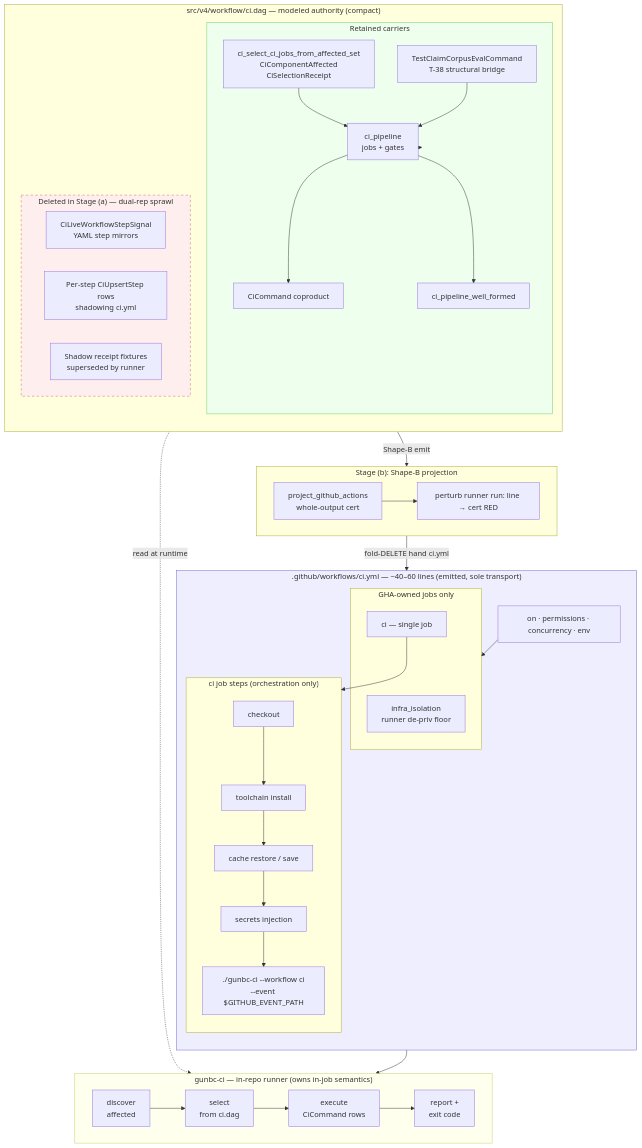
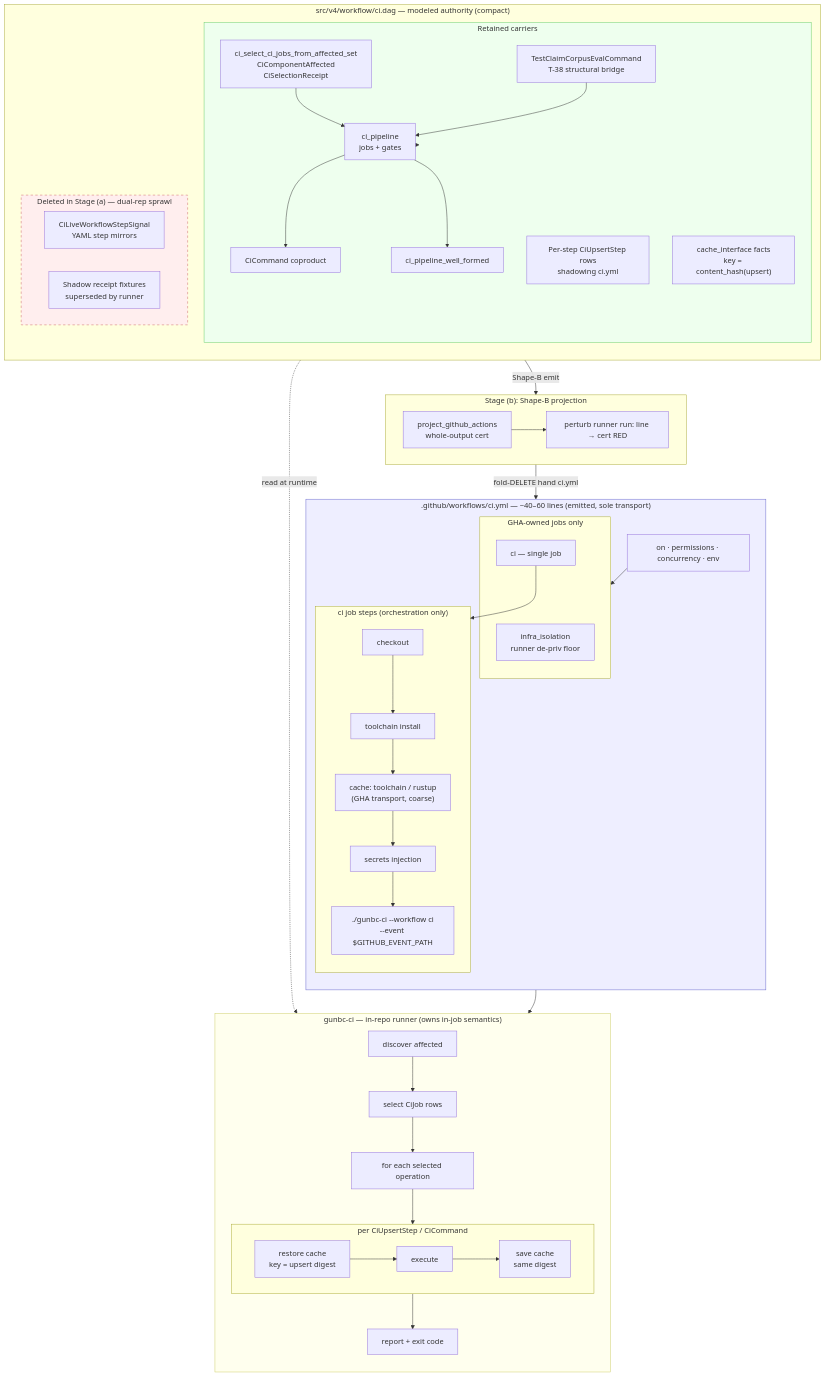
The diagram in docs/planning/thin-shim-ci-dag-dissolution-design-2026-06-08.md (gunb-ai/gunbc), drawn with Mermaid before and after one commit. The commit also changed other lines of this file, not shown here.

Commit message:
WIP: thin-shim ci.dag dissolution design draft: scope 6296-line ci.dag -> one

````diff
--- a/docs/planning/thin-shim-ci-dag-dissolution-design-2026-06-08.md
+++ b/docs/planning/thin-shim-ci-dag-dissolution-design-2026-06-08.md
@@ -69,65 +91,72 @@
 ```mermaid
 flowchart TB
   subgraph DAG["src/v4/workflow/ci.dag — modeled authority (compact)"]
     direction TB
     subgraph KEPT["Retained carriers"]
       P["ci_pipeline<br/>jobs + gates"]
       C["CiCommand coproduct"]
       WF["ci_pipeline_well_formed"]
       SEL["ci_select_ci_jobs_from_affected_set<br/>CiComponentAffected<br/>CiSelectionReceipt"]
+      UPS["CiUpsertStep rows<br/>per-op inputs + cache_digest"]
+      CACHE["cache_interface facts<br/>key = content_hash(upsert)"]
       T38["TestClaimCorpusEvalCommand<br/>T-38 structural bridge"]
     end
     subgraph GONE["Deleted in Stage (a) — dual-rep sprawl"]
       LWS["CiLiveWorkflowStepSignal<br/>YAML step mirrors"]
       UPS["Per-step CiUpsertStep rows<br/>shadowing ci.yml"]
       FIX["Shadow receipt fixtures<br/>superseded by runner"]
     end
     KEPT --> P
     P --> C
     P --> WF
     SEL --> P
     T38 --> P
   end
 
   subgraph EMIT["Stage (b): Shape-B projection"]
     PROJ["project_github_actions<br/>whole-output cert"]
     PERTURB["perturb runner run: line → cert RED"]
     PROJ --> PERTURB
   end
 
   subgraph YML[".github/workflows/ci.yml — ~40–60 lines (emitted, sole transport)"]
     direction TB
     META["on · permissions · concurrency · env"]
     subgraph JOBS["GHA-owned jobs only"]
       INFRA["infra_isolation<br/>runner de-priv floor"]
       CI["ci — single job"]
     end
     subgraph STEPS["ci job steps (orchestration only)"]
       CO["checkout"]
       TC["toolchain install"]
-      CA["cache restore / save"]
+      CA0["cache: toolchain / rustup<br/>(GHA transport, coarse)"]
       SEC["secrets injection"]
       RUN["./gunbc-ci --workflow ci<br/>--event $GITHUB_EVENT_PATH"]
     end
     META --> JOBS
     CI --> STEPS
-    CO --> TC --> CA --> SEC --> RUN
+    CO --> TC --> CA0 --> SEC --> RUN
   end
 
   subgraph RUNNER["gunbc-ci — in-repo runner (owns in-job semantics)"]
-    direction LR
-    D["discover<br/>affected"] --> S["select<br/>from ci.dag"]
-    S --> X["execute<br/>CiCommand rows"]
-    X --> R["report +<br/>exit code"]
+    direction TB
+    D["discover affected"] --> S["select CiJob rows"]
+    S --> LOOP["for each selected operation"]
+    subgraph PEROP["per CiUpsertStep / CiCommand"]
+      direction LR
+      CR["restore cache<br/>key = upsert digest"] --> EX["execute"] --> CS["save cache<br/>same digest"]
+    end
+    LOOP --> PEROP
+    PEROP --> R["report + exit code"]
   end
 
   DAG -->|"Shape-B emit"| EMIT
   EMIT -->|"fold-DELETE hand ci.yml"| YML
   RUN --> RUNNER
   DAG -.->|"read at runtime"| RUNNER
 
   style GONE fill:#fee,stroke:#c66,stroke-dasharray: 5 5
   style KEPT fill:#efe,stroke:#6c6
   style YML fill:#eef,stroke:#66c
   style RUNNER fill:#ffe,stroke:#cc6
 ```
````
